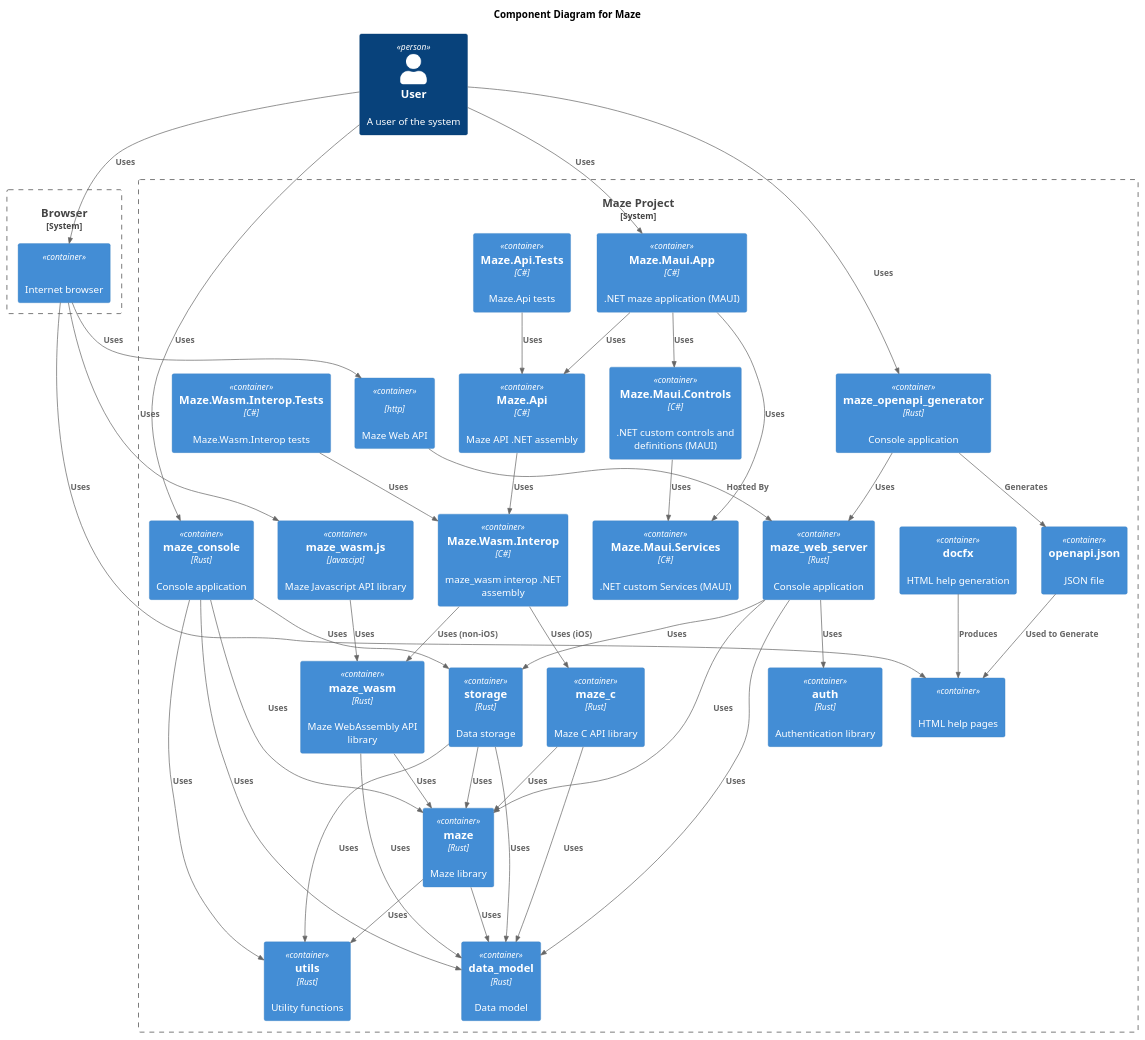
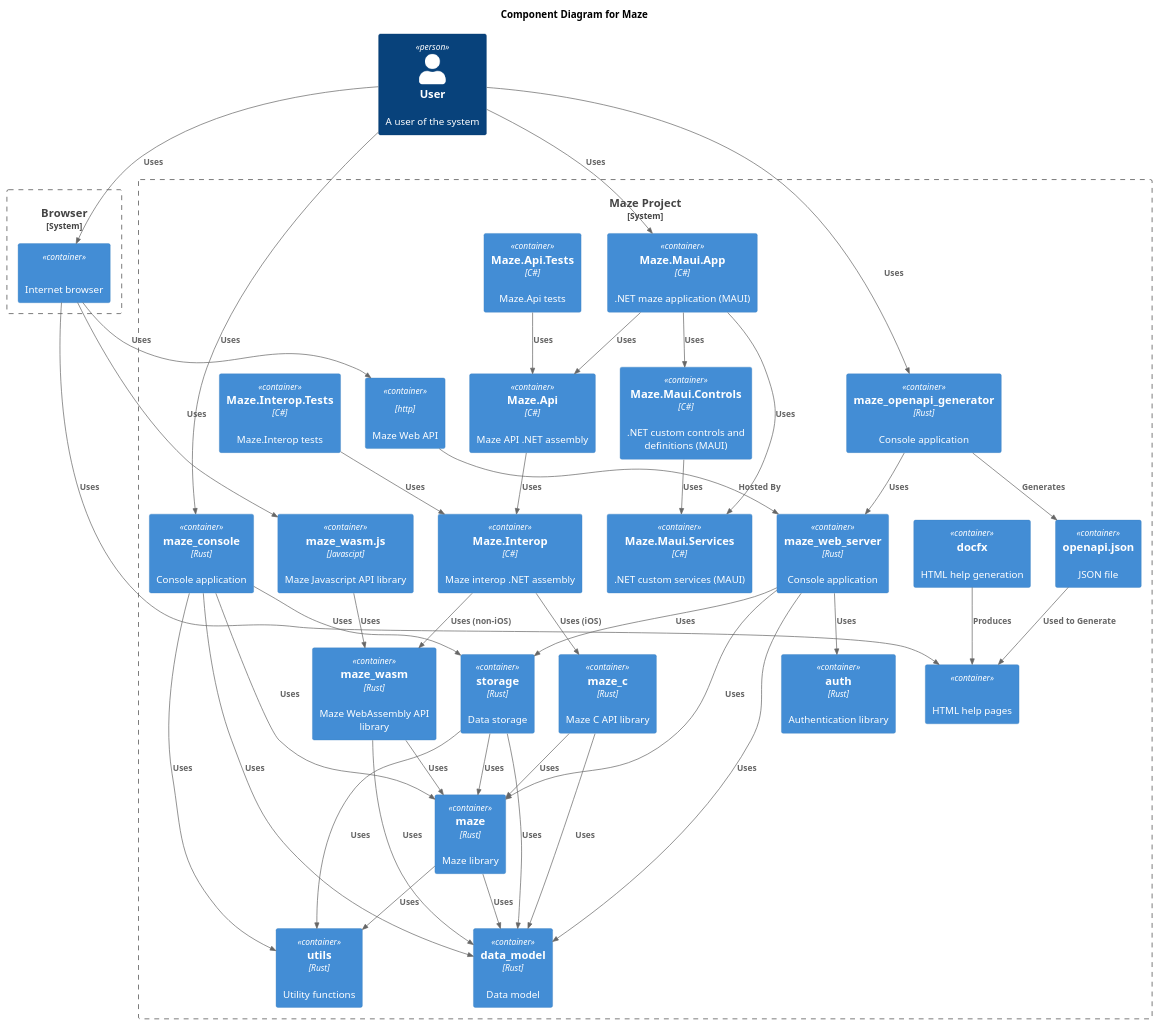
Before and after one commit to budgiedownunder/maze: the diagram in docs/diagrams/components.puml, drawn with PlantUML. The commit also changed 37 other files, not shown here.

Commit message:
Rename Maze.Wasm.Interop +   Maze.Wasm.Interop.Tests assemblies to Maze.Interop +   Maze.Interop.Tests

```diff
--- a/docs/diagrams/components.puml
+++ b/docs/diagrams/components.puml
@@ -2,78 +2,78 @@
 @startuml
 
 !include https://raw.githubusercontent.com/plantuml-stdlib/C4-PlantUML/master/C4_Container.puml
 
 title Component Diagram for Maze
 
 Person(user, "User", "A user of the system")
 
 System_Boundary(c1, "Browser") {
     Container(browser, "", "", "Internet browser")
 }
 
 System_Boundary(c2, "Maze Project") {
     Container(html_help, "", "", "HTML help pages")
     Container(auth, "auth", "Rust", "Authentication library")
     Container(data_model, "data_model", "Rust", "Data model")
     Container(docfx, "docfx", "", "HTML help generation")
     Container(maze, "maze", "Rust", "Maze library")
     Container(maze_maui_app_net, "Maze.Maui.App", "C#", ".NET maze application (MAUI)")
     Container(maze_maui_controls_net, "Maze.Maui.Controls", "C#", ".NET custom controls and definitions (MAUI)")
-    Container(maze_maui_services_net, "Maze.Maui.Services", "C#", ".NET custom Services (MAUI)")
+    Container(maze_maui_services_net, "Maze.Maui.Services", "C#", ".NET custom services (MAUI)")
     Container(maze_api_net_tests, "Maze.Api.Tests", "C#", "Maze.Api tests")
     Container(maze_api_net, "Maze.Api", "C#", "Maze API .NET assembly")
-    Container(maze_wasm_interop_net_tests, "Maze.Wasm.Interop.Tests", "C#", "Maze.Wasm.Interop tests")
-    Container(maze_wasm_interop_net, "Maze.Wasm.Interop", "C#", "maze_wasm interop .NET assembly")
+    Container(maze_interop_net_tests, "Maze.Interop.Tests", "C#", "Maze.Interop tests")
+    Container(maze_interop_net, "Maze.Interop", "C#", "Maze interop .NET assembly")
     Container(maze_wasm_js, "maze_wasm.js", "Javascipt", "Maze Javascript API library")
     Container(maze_wasm, "maze_wasm", "Rust", "Maze WebAssembly API library")
     Container(maze_c, "maze_c", "Rust", "Maze C API library")
     Container(maze_console, "maze_console", "Rust", "Console application")
     Container(maze_web_api, "", "http", "Maze Web API")
     Container(maze_web_server, "maze_web_server", "Rust", "Console application")
     Container(maze_openapi_generator, "maze_openapi_generator", "Rust", "Console application")
     Container(openapi_json, "openapi.json", "", "JSON file")
     Container(storage, "storage", "Rust", "Data storage")
     Container(utils, "utils", "Rust", "Utility functions")
 }
 
 Rel(user, browser, "Uses")
 Rel(browser, html_help, "Uses")
 Rel(browser, maze_wasm_js, "Uses")
 Rel(docfx, html_help, "Produces")
 Rel(user, maze_console, "Uses")
 Rel(maze_console, data_model, "Uses")
 Rel(maze_console, maze, "Uses")
 Rel(maze_console, storage, "Uses")
 Rel(maze_console, utils, "Uses")
 Rel(browser, maze_web_api, "Uses")
 Rel(maze_web_api, maze_web_server, "Hosted By")
 Rel(maze_web_server, auth, "Uses")
 Rel(maze_web_server, data_model, "Uses")
 Rel(maze_web_server, maze, "Uses")
 Rel(maze_web_server, storage, "Uses")
 Rel(user, maze_openapi_generator, "Uses")
 Rel(maze_openapi_generator, maze_web_server, "Uses")
 Rel(maze_openapi_generator, openapi_json, "Generates")
 Rel(openapi_json, html_help, "Used to Generate")
 Rel(user, maze_maui_app_net, "Uses")
 Rel(maze_maui_app_net, maze_maui_controls_net, "Uses")
 Rel(maze_maui_app_net, maze_maui_services_net, "Uses")
 Rel(maze_maui_app_net, maze_api_net, "Uses")
 Rel(maze_maui_controls_net, maze_maui_services_net, "Uses")
 Rel(maze_api_net_tests, maze_api_net, "Uses")
-Rel(maze_api_net, maze_wasm_interop_net, "Uses")
-Rel(maze_wasm_interop_net_tests, maze_wasm_interop_net, "Uses")
-Rel(maze_wasm_interop_net, maze_wasm, "Uses (non-iOS)")
-Rel(maze_wasm_interop_net, maze_c, "Uses (iOS)")
+Rel(maze_api_net, maze_interop_net, "Uses")
+Rel(maze_interop_net_tests, maze_interop_net, "Uses")
+Rel(maze_interop_net, maze_wasm, "Uses (non-iOS)")
+Rel(maze_interop_net, maze_c, "Uses (iOS)")
 Rel(maze_wasm_js, maze_wasm, "Uses")
 Rel(maze_wasm, data_model, "Uses")
 Rel(maze_wasm, maze, "Uses")
 Rel(maze_c, data_model, "Uses")
 Rel(maze_c, maze, "Uses")
 Rel(storage, data_model, "Uses")
 Rel(storage, maze, "Uses")
 Rel(storage, utils, "Uses")
 Rel(maze, data_model, "Uses")
 Rel(maze, utils, "Uses")
 
 @enduml
```
